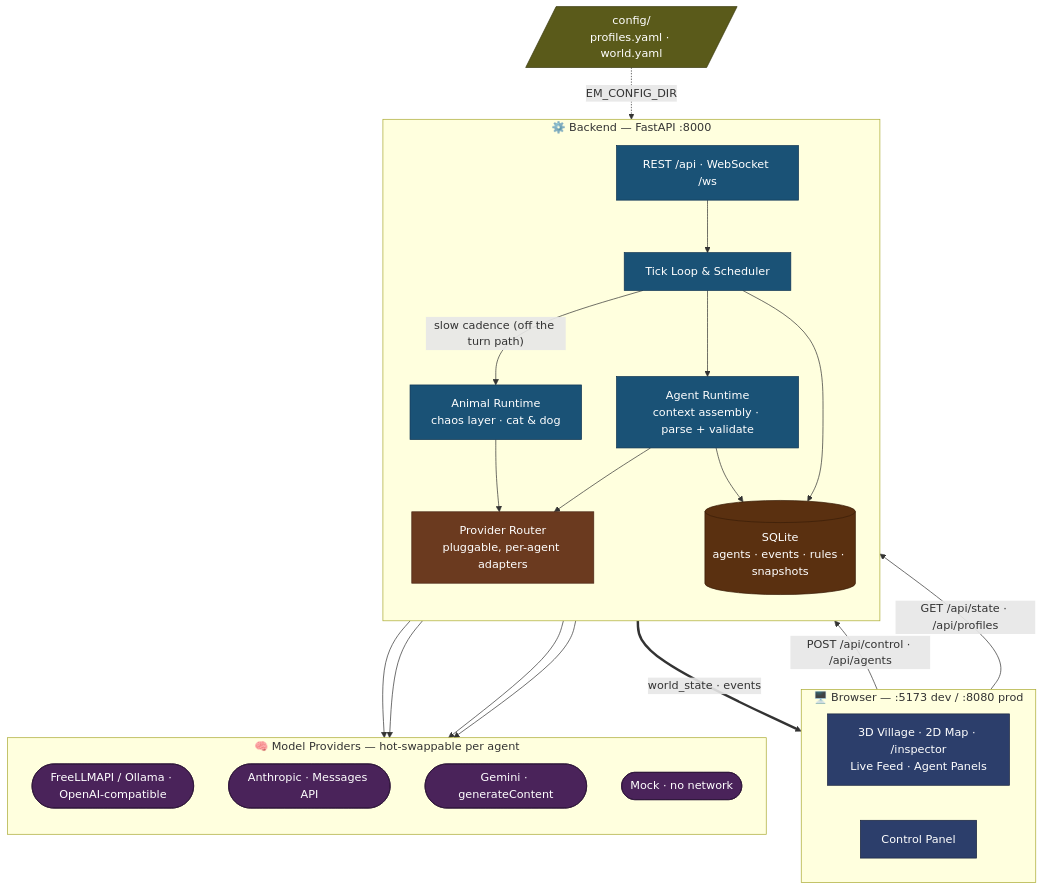
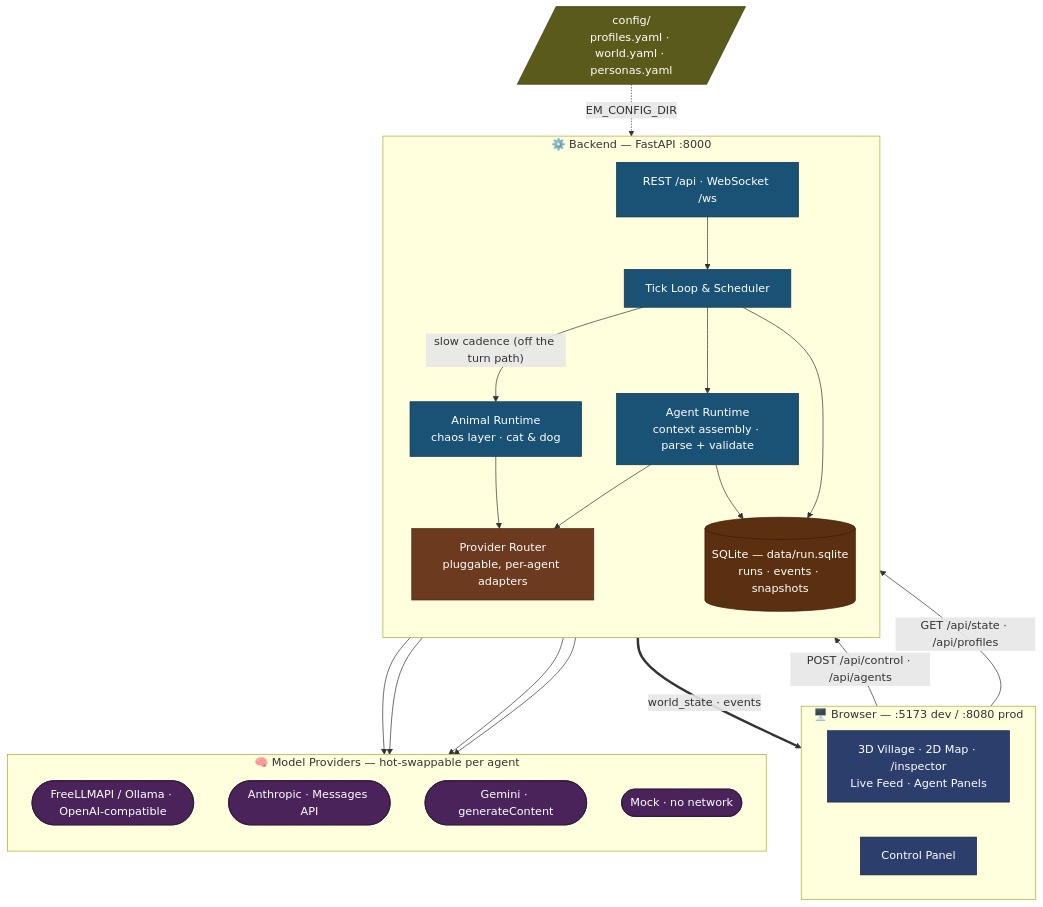
Before and after one commit to ivy00johns/petri-dish-of-madness: the diagram in README.md, drawn with Mermaid. The commit also changed other lines of this file and 10 other files, not shown here.

````diff
--- a/README.md
+++ b/README.md
@@ -42,53 +47,53 @@
 ```mermaid
 flowchart TB
     subgraph browser["🖥️ Browser — :5173 dev / :8080 prod"]
         direction LR
         views["3D Village · 2D Map · /inspector<br/>Live Feed · Agent Panels"]
         controls["Control Panel"]
     end
 
     subgraph backend["⚙️ Backend — FastAPI :8000"]
         direction TB
         api["REST /api · WebSocket /ws"]
         engine["Tick Loop & Scheduler"]
         runtime["Agent Runtime<br/>context assembly · parse + validate"]
         animals["Animal Runtime<br/>chaos layer · cat & dog"]
         router["Provider Router<br/>pluggable, per-agent adapters"]
-        db[("SQLite<br/>agents · events · rules · snapshots")]
+        db[("SQLite — data/run.sqlite<br/>runs · events · snapshots")]
     end
 
     subgraph providers["🧠 Model Providers — hot-swappable per agent"]
         direction TB
         openai(["FreeLLMAPI / Ollama · OpenAI-compatible"])
         anthropic(["Anthropic · Messages API"])
         gemini(["Gemini · generateContent"])
         mock(["Mock · no network"])
     end
 
-    cfg[/"config/<br/>profiles.yaml · world.yaml"/]
+    cfg[/"config/<br/>profiles.yaml · world.yaml · personas.yaml"/]
 
     controls -->|"POST /api/control · /api/agents"| api
     views -->|"GET /api/state · /api/profiles"| api
     api ==>|"world_state · events"| views
     cfg -.->|"EM_CONFIG_DIR"| router
 
     api --> engine --> runtime --> router
     engine -->|"slow cadence (off the turn path)"| animals --> router
     engine --> db
     runtime --> db
     router --> openai & anthropic & gemini & mock
 
     classDef ui fill:#2c3e6b,stroke:#1a2540,color:#fff
     classDef core fill:#1a5276,stroke:#0e3352,color:#fff
     classDef routerNode fill:#6b3a1f,stroke:#4a2515,color:#fff
     classDef provider fill:#4a235a,stroke:#2d1538,color:#fff
     classDef configFile fill:#5a5a1a,stroke:#3a3a10,color:#fff
     classDef dbNode fill:#5a3010,stroke:#3a1e08,color:#fff
 
     class views,controls ui
     class api,engine,runtime,animals core
     class router routerNode
     class openai,anthropic,gemini,mock provider
     class cfg configFile
     class db dbNode
 ```
````
